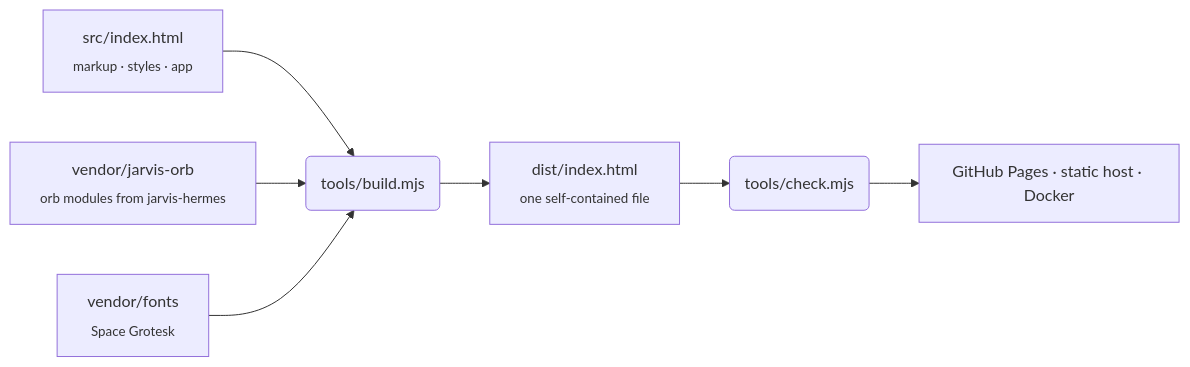
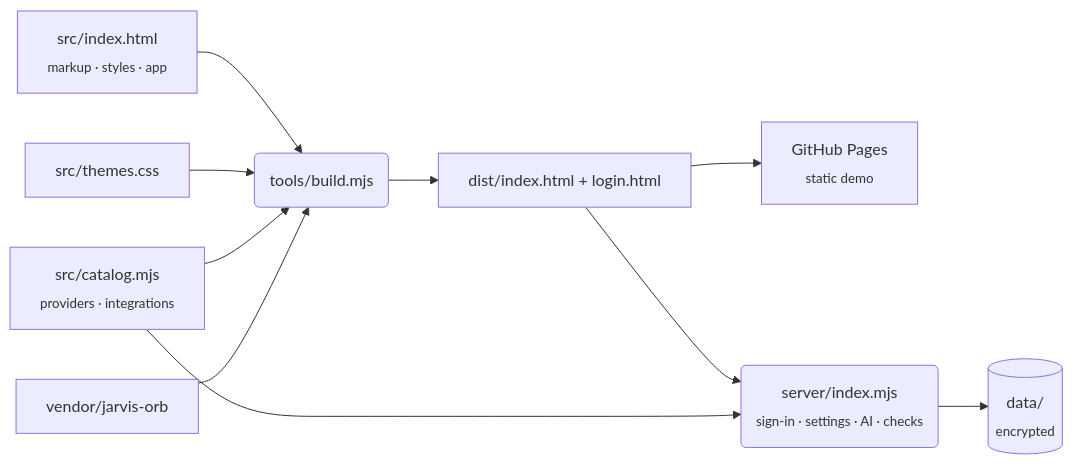
One commit to schpeterzon/center-dashboard changed the diagram in README.md. Above: the diagram before and after it, drawn with Mermaid. The commit also changed other lines of this file and 31 other files, not shown here.

````diff
--- a/README.md
+++ b/README.md
@@ -129,9 +179,12 @@
 ```mermaid
 flowchart LR
   A[src/index.html<br/><sub>markup · styles · app</sub>] --> B(tools/build.mjs)
-  O[vendor/jarvis-orb<br/><sub>orb modules from jarvis-hermes</sub>] --> B
-  F[vendor/fonts<br/><sub>Space Grotesk</sub>] --> B
-  B --> D[dist/index.html<br/><sub>one self-contained file</sub>]
-  D --> C(tools/check.mjs)
-  C --> P[GitHub Pages · static host · Docker]
+  T[src/themes.css] --> B
+  C[src/catalog.mjs<br/><sub>providers · integrations</sub>] --> B
+  O[vendor/jarvis-orb] --> B
+  B --> D[dist/index.html + login.html]
+  D --> P[GitHub Pages<br/><sub>static demo</sub>]
+  D --> S(server/index.mjs<br/><sub>sign-in · settings · AI · checks</sub>)
+  C --> S
+  S --> X[(data/<br/><sub>encrypted</sub>)]
 ```
````
